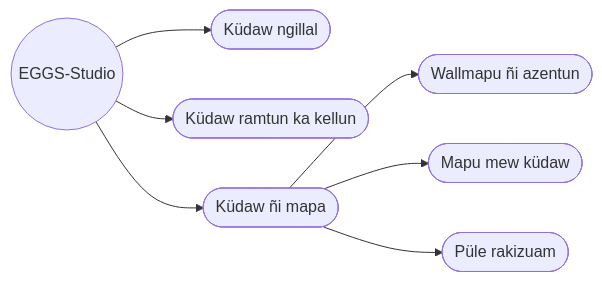
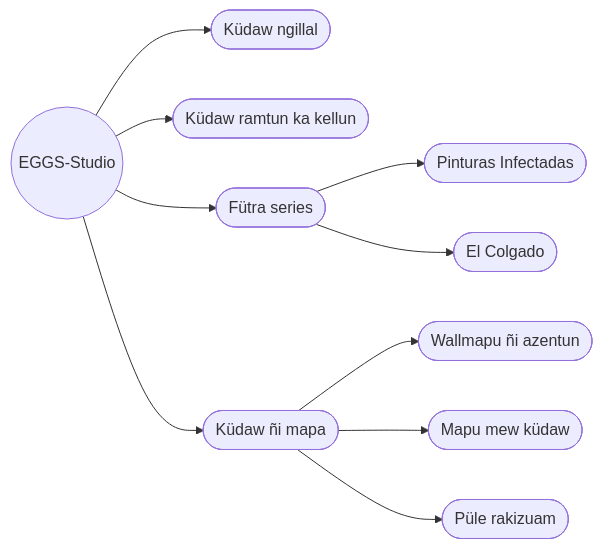
The diagram in MPD/index.md (EGGS-Artesvisuales/EGGS-Artesvisuales.github.io), drawn with Mermaid before and after one commit. The commit also changed other lines of this file, not shown here.

Commit message:
Destaca series principales en portada MPD

```diff
--- a/MPD/index.md
+++ b/MPD/index.md
@@ -61,21 +77,27 @@
 <div class="mermaid">
 flowchart LR
   principal(("EGGS-Studio"))
   tienda(["Küdaw ngillal"])
   servicios(["Küdaw ramtun ka kellun"])
+  series(["Fütra series"])
   mapa(["Küdaw ñi mapa"])
 
   principal --> tienda
   principal --> servicios
+  principal --> series
   principal --> mapa
 
+  series --> pinturas(["Pinturas Infectadas"])
+  series --> colgado(["El Colgado"])
   mapa --> representacion(["Wallmapu ñi azentun"])
   mapa --> accion(["Mapu mew küdaw"])
   mapa --> interior(["Püle rakizuam"])
 
   click tienda "/MPD/tienda.html#impresiones-y-fotografia" "Amun: küdaw ngillal"
   click servicios "/MPD/servicios.html" "Amun: kellun"
+  click pinturas "/MPD/serie-pinturas-infectadas.html" "Amun: Pinturas Infectadas"
+  click colgado "/MPD/serie-el-colgado.html" "Amun: El Colgado"
   click representacion "/MPD/mundo-exterior.html" "Amun: Wallmapu ñi azentun"
   click accion "/MPD/accion.html" "Amun: Mapu mew küdaw"
   click interior "/MPD/interior.html" "Amun: Püle rakizuam"
 </div>
```
